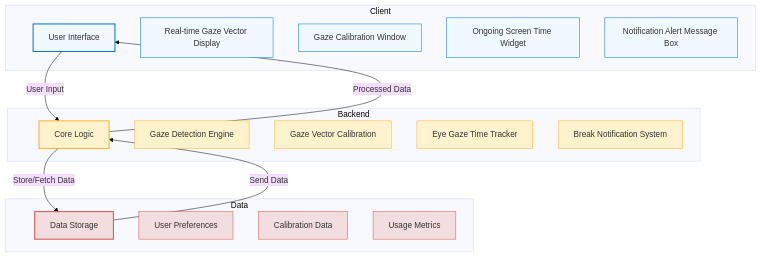
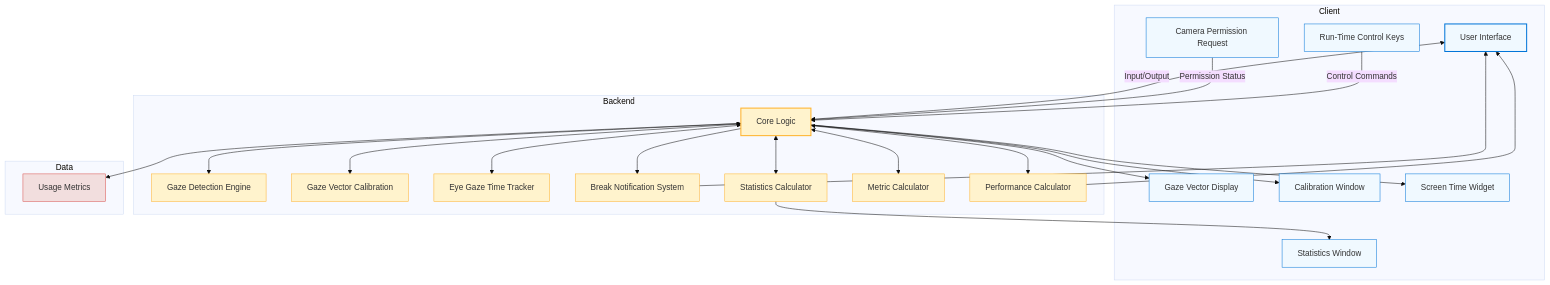
One commit to inbasperu/VisionGuard changed the first of 4 diagrams in docs/ARCHITECTURE.md. Above: the diagram before and after it, drawn with Mermaid (base theme). The commit also changed other lines of this file and 4 other files, not shown here.

````diff
--- a/docs/ARCHITECTURE.md
+++ b/docs/ARCHITECTURE.md
@@ -5,45 +21,63 @@
 ```mermaid
 graph TD
     subgraph Client
         UI[User Interface]
-        GVD[Real-time Gaze Vector Display]
-        GCW[Gaze Calibration Window]
-        STW[Ongoing Screen Time Widget]
-        NAM[Notification Alert Message Box]
+        GVD[Gaze Vector Display]
+        GCW[Calibration Window]
+        STW[Screen Time Widget]
+        STS[Statistics Window]
+        CPR[Camera Permission Request]
+        RCK[Run-Time Control Keys]
     end
 
     subgraph Backend
         CL[Core Logic]
         GDM[Gaze Detection Engine]
         GVC[Gaze Vector Calibration]
         EGT[Eye Gaze Time Tracker]
         BNS[Break Notification System]
+        SC[Statistics Calculator]
+        MC[Metric Calculator]
+        PC[Performance Calculator]
     end
 
     subgraph Data
-        DS[Data Storage]
-        UP[User Preferences]
-        CD[Calibration Data]
         UM[Usage Metrics]
     end
 
-    UI -->|User Input| CL
-    CL -->|Processed Data| UI
-    CL -->|Store/Fetch Data| DS
-    DS -->|Send Data| CL
+    UI <-->|Input/Output| CL
+    CPR -->|Permission Status| CL
+    RCK -->|Control Commands| CL
+    CL <--> UM
+    CL <--> GDM
+    CL <--> GVC
+    CL <--> EGT
+    CL --> BNS
+    CL <--> SC
+    CL <--> MC
+    CL <--> PC
+    
+    BNS --> UI
+    CL --> GVD
+    CL --> GCW
+    CL --> STW
+    SC --> STS
+    PC --> UI
 
     style UI fill:#f0f9ff,stroke:#0275d8,stroke-width:2px
     style GVD fill:#f0f9ff,stroke:#0275d8,stroke-width:1px
     style GCW fill:#f0f9ff,stroke:#0275d8,stroke-width:1px
     style STW fill:#f0f9ff,stroke:#0275d8,stroke-width:1px
-    style NAM fill:#f0f9ff,stroke:#0275d8,stroke-width:1px
+    style STS fill:#f0f9ff,stroke:#0275d8,stroke-width:1px
+    style CPR fill:#f0f9ff,stroke:#0275d8,stroke-width:1px
+    style RCK fill:#f0f9ff,stroke:#0275d8,stroke-width:1px
     style CL fill:#fff3cd,stroke:#ffb22b,stroke-width:2px
     style GDM fill:#fff3cd,stroke:#ffb22b,stroke-width:1px
     style GVC fill:#fff3cd,stroke:#ffb22b,stroke-width:1px
     style EGT fill:#fff3cd,stroke:#ffb22b,stroke-width:1px
     style BNS fill:#fff3cd,stroke:#ffb22b,stroke-width:1px
-    style DS fill:#f2dede,stroke:#d9534f,stroke-width:2px
-    style UP fill:#f2dede,stroke:#d9534f,stroke-width:1px
-    style CD fill:#f2dede,stroke:#d9534f,stroke-width:1px
+    style SC fill:#fff3cd,stroke:#ffb22b,stroke-width:1px
+    style MC fill:#fff3cd,stroke:#ffb22b,stroke-width:1px
+    style PC fill:#fff3cd,stroke:#ffb22b,stroke-width:1px
     style UM fill:#f2dede,stroke:#d9534f,stroke-width:1px
 ```
````
